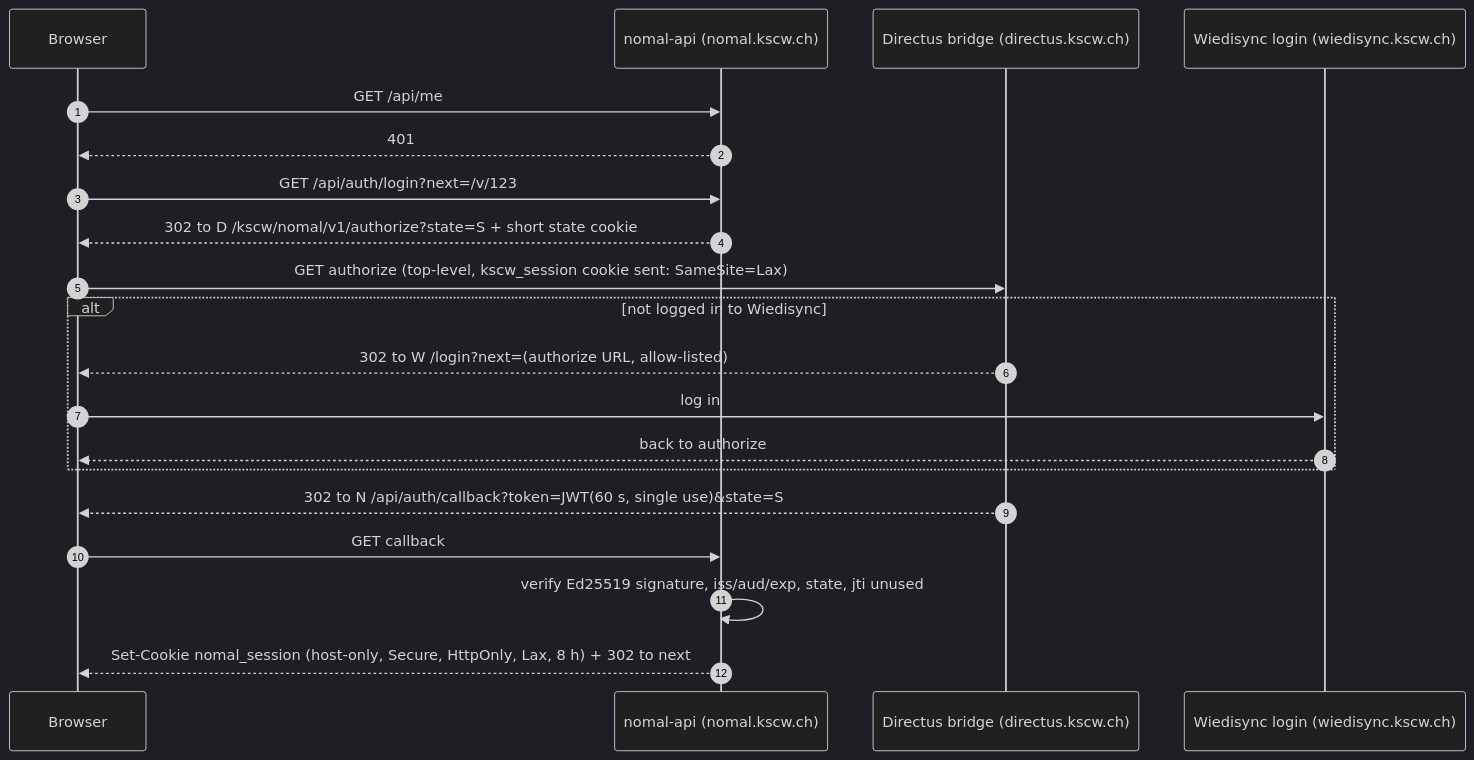
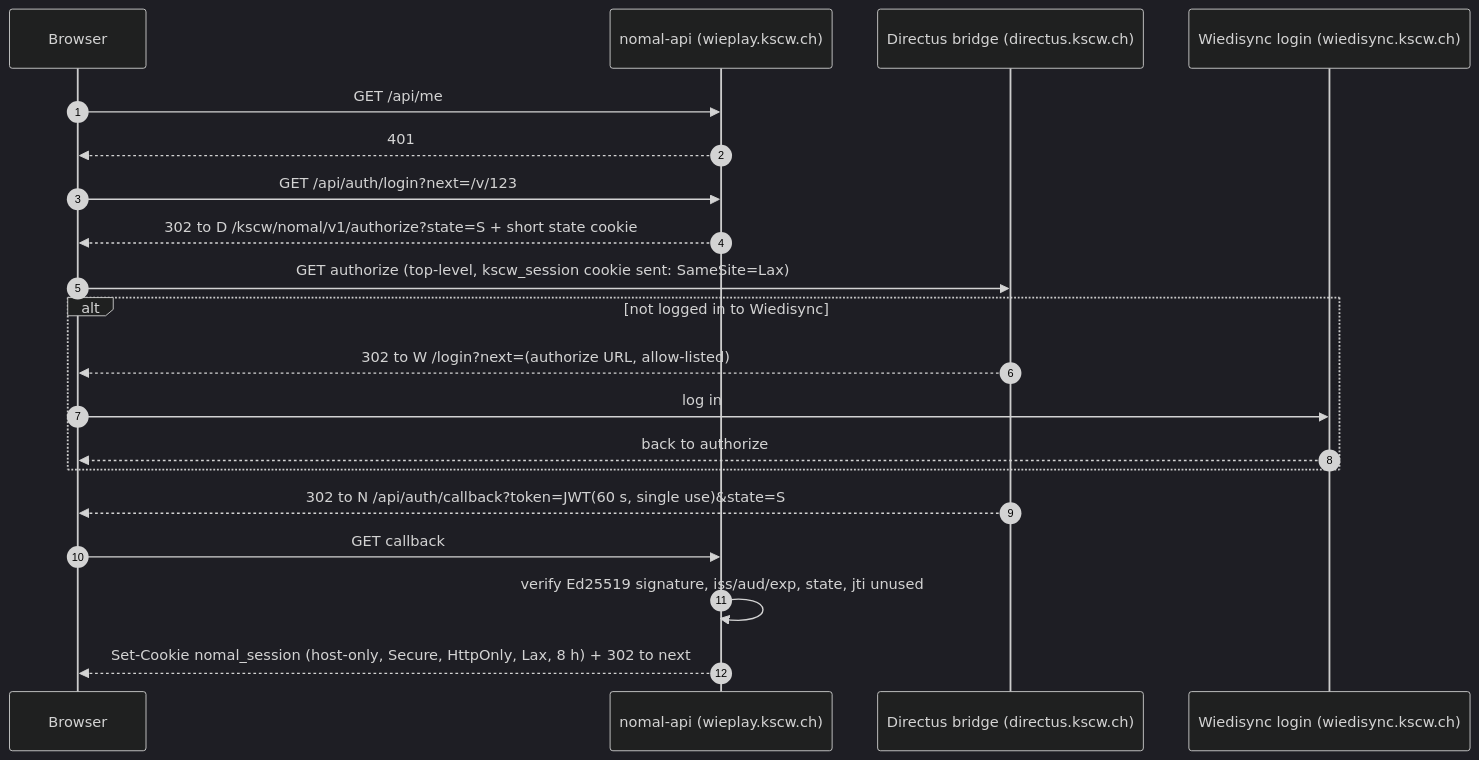
The second of 4 diagrams in docs/PLAN.md (KSC-Wiedikon/wieplay), drawn with Mermaid (dark theme) before and after one commit. The commit also changed other lines of this file and 6 other files, not shown here.

First line of the commit message:
Hosts and repo are WiePlay too: wieplay(-dev).kscw.ch, KSC-Wiedikon/wieplay

````diff
--- a/docs/PLAN.md
+++ b/docs/PLAN.md
@@ -207,23 +208,23 @@
 ```mermaid
 sequenceDiagram
   autonumber
   participant B as Browser
-  participant N as nomal-api (nomal.kscw.ch)
+  participant N as nomal-api (wieplay.kscw.ch)
   participant D as Directus bridge (directus.kscw.ch)
   participant W as Wiedisync login (wiedisync.kscw.ch)
 
   B->>N: GET /api/me
   N-->>B: 401
   B->>N: GET /api/auth/login?next=/v/123
   N-->>B: 302 to D /kscw/nomal/v1/authorize?state=S + short state cookie
   B->>D: GET authorize (top-level, kscw_session cookie sent: SameSite=Lax)
   alt not logged in to Wiedisync
     D-->>B: 302 to W /login?next=(authorize URL, allow-listed)
     B->>W: log in
     W-->>B: back to authorize
   end
   D-->>B: 302 to N /api/auth/callback?token=JWT(60 s, single use)&state=S
   B->>N: GET callback
   N->>N: verify Ed25519 signature, iss/aud/exp, state, jti unused
   N-->>B: Set-Cookie nomal_session (host-only, Secure, HttpOnly, Lax, 8 h) + 302 to next
 ```
````
